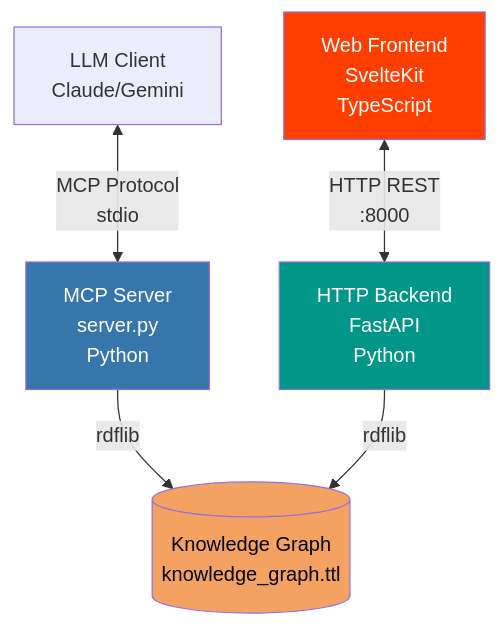
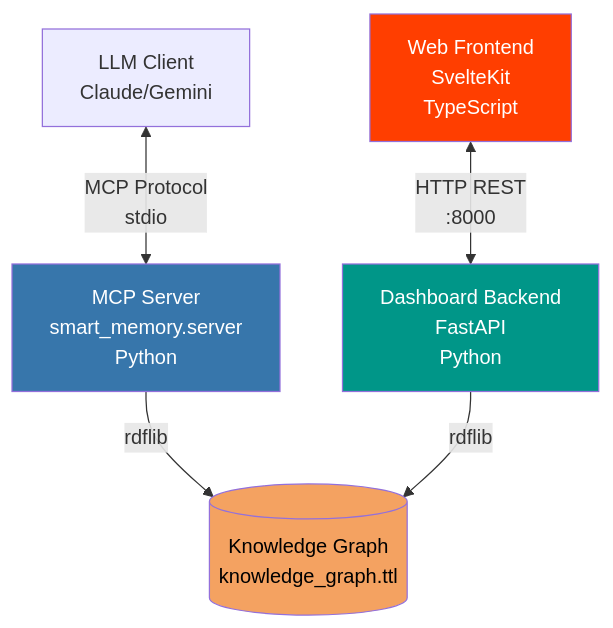
One commit to MauriceIsrael/SmartMemory changed the first of 3 diagrams in docs/architecture-overview.md. Above: the diagram before and after it, drawn with Mermaid. The commit also changed other lines of this file and 7 other files, not shown here.

````diff
--- a/docs/architecture-overview.md
+++ b/docs/architecture-overview.md
@@ -7,18 +7,18 @@
 ```mermaid
 graph TB
     LLM[LLM Client<br/>Claude/Gemini]
-    MCP[MCP Server<br/>server.py<br/>Python]
-    HTTP[HTTP Backend<br/>FastAPI<br/>Python]
+    MCP[MCP Server<br/>smart_memory.server<br/>Python]
+    HTTP[Dashboard Backend<br/>FastAPI<br/>Python]
     WEB[Web Frontend<br/>SvelteKit<br/>TypeScript]
     KG[(Knowledge Graph<br/>knowledge_graph.ttl)]
     
-    LLM <-->|MCP Protocol<br/>stdio| MCP
-    WEB <-->|HTTP REST<br/>:8000| HTTP
-    MCP -->|rdflib| KG
-    HTTP -->|rdflib| KG
+    LLM <--> |MCP Protocol<br/>stdio| MCP
+    WEB <--> |HTTP REST<br/>:8000| HTTP
+    MCP --> |rdflib| KG
+    HTTP --> |rdflib| KG
     
     style MCP fill:#3776ab,color:#fff
     style HTTP fill:#009688,color:#fff
     style WEB fill:#ff3e00,color:#fff
     style KG fill:#f4a261,color:#000
 ```
````
